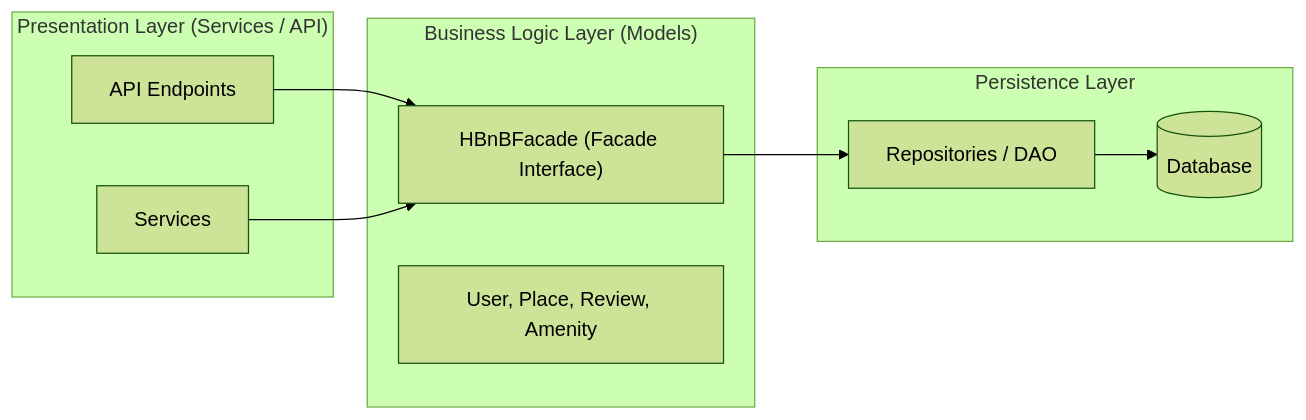
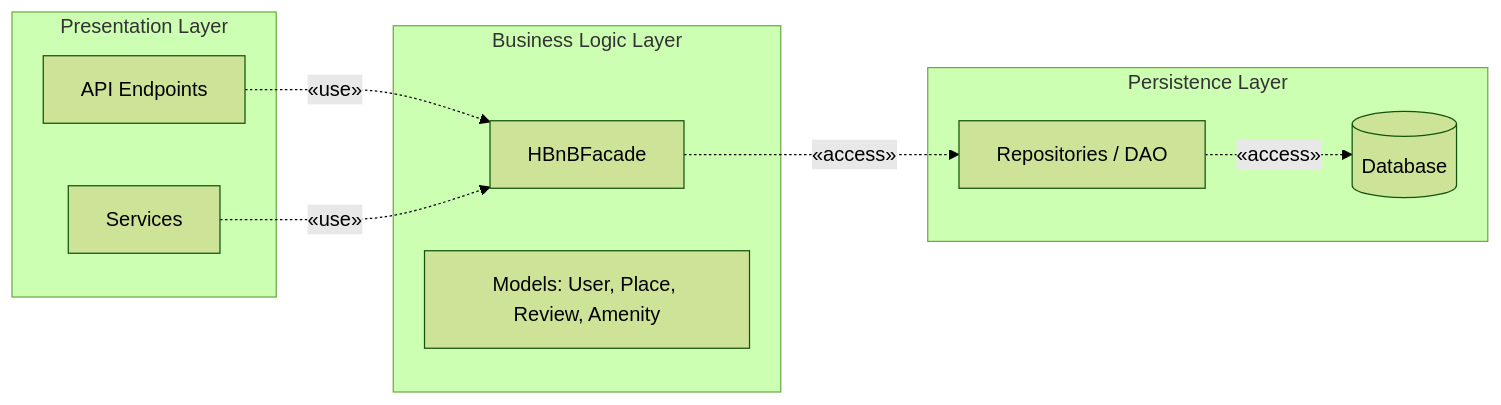
Before and after one commit to Nouf2027/holbertonschool-hbnb: the diagram in part1/README.md, drawn with Mermaid (forest theme).

Commit message:
Add Task 0: High-Level Package Diagram

````diff
--- a/part1/README.md
+++ b/part1/README.md
@@ -5,22 +5,22 @@
 ```mermaid
 flowchart LR
-  subgraph PL["Presentation Layer (Services / API)"]
+  subgraph PL["Presentation Layer"]
     API["API Endpoints"]
-    Services["Services"]
+    SVC["Services"]
   end
 
-  subgraph BL["Business Logic Layer (Models)"]
-    Facade["HBnBFacade (Facade Interface)"]
-    Models["User, Place, Review, Amenity"]
+  subgraph BL["Business Logic Layer"]
+    FAC["HBnBFacade"]
+    MOD["Models: User, Place, Review, Amenity"]
   end
 
   subgraph PS["Persistence Layer"]
-    Repo["Repositories / DAO"]
+    REP["Repositories / DAO"]
     DB[(Database)]
   end
 
-  API --> Facade
-  Services --> Facade
-  Facade --> Repo
-  Repo --> DB
+  API -. "«use»" .-> FAC
+  SVC -. "«use»" .-> FAC
+  FAC -. "«access»" .-> REP
+  REP -. "«access»" .-> DB
 ```
````
